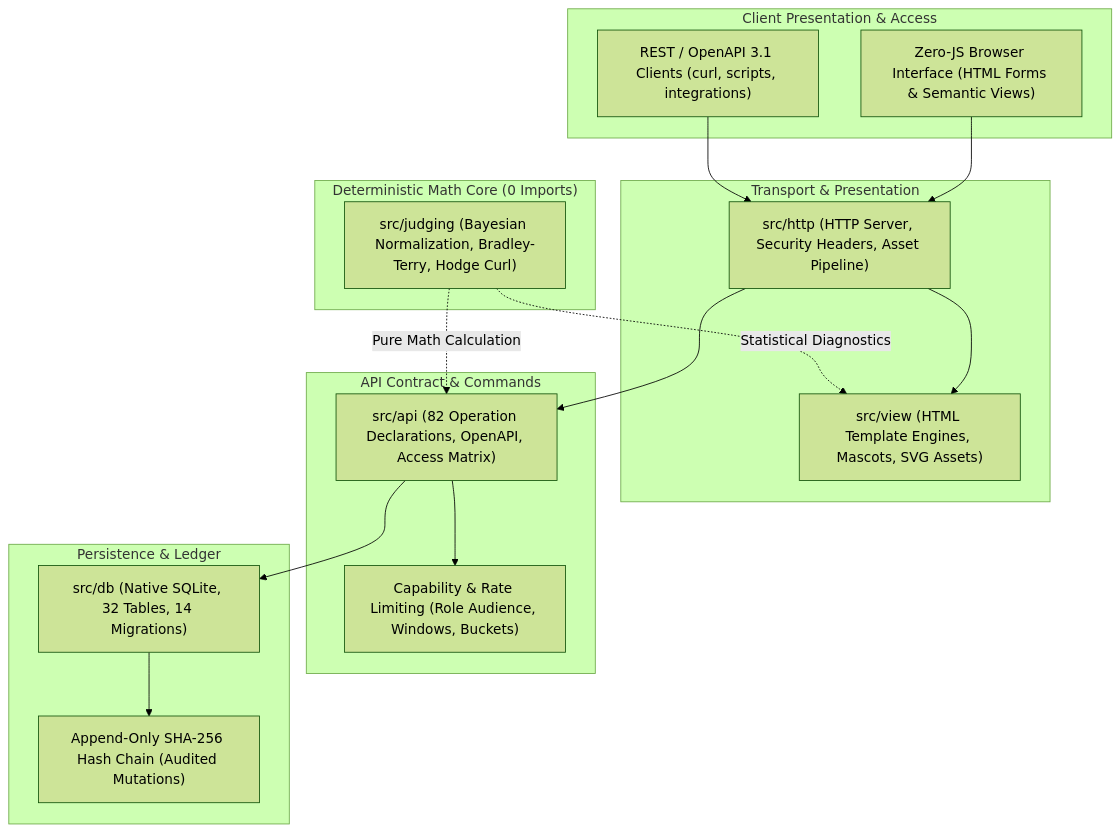
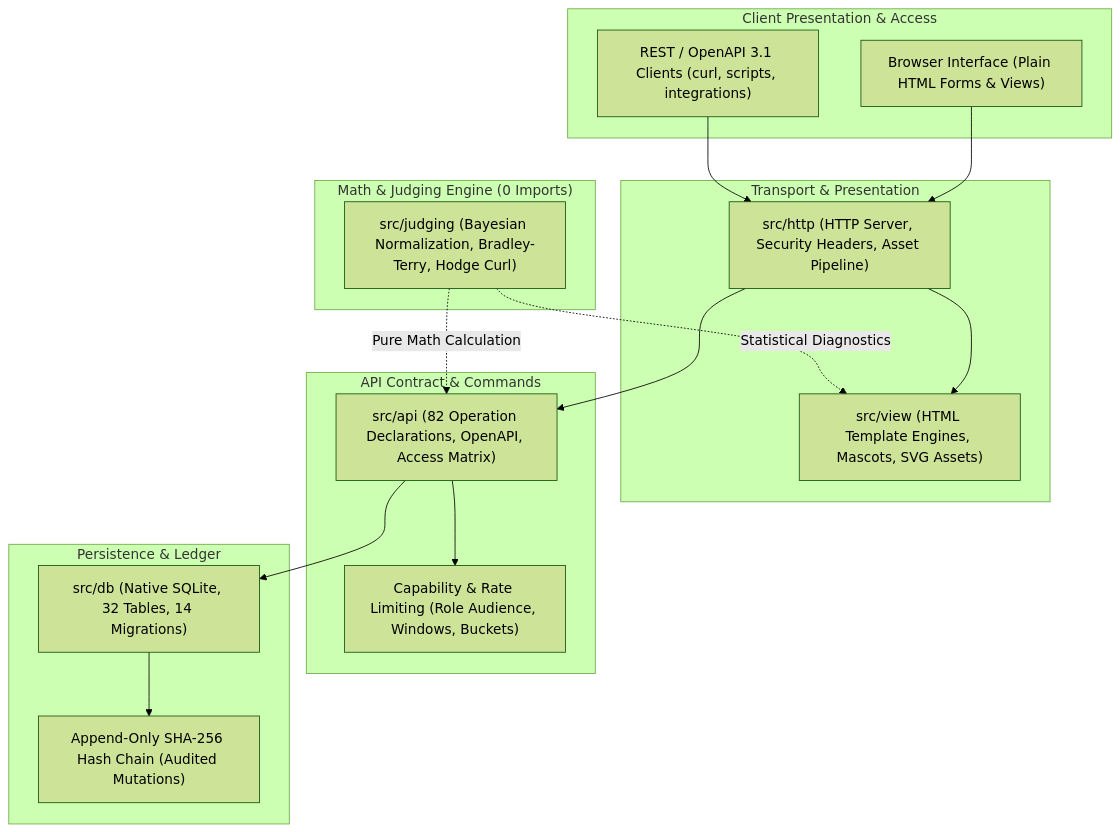
One commit to ewwhardik/manak changed the first of 2 diagrams in docs/ARCHITECTURE.md. Above: the diagram before and after it, drawn with Mermaid (forest theme). The commit also changed other lines of this file and 6 other files, not shown here.

````diff
--- a/docs/ARCHITECTURE.md
+++ b/docs/ARCHITECTURE.md
@@ -16,36 +16,36 @@
 ```mermaid
 flowchart TD
   subgraph Client ["Client Presentation & Access"]
-    Browser["Zero-JS Browser Interface (HTML Forms & Semantic Views)"]
+    Browser["Browser Interface (Plain HTML Forms & Views)"]
     APIClient["REST / OpenAPI 3.1 Clients (curl, scripts, integrations)"]
   end
 
   subgraph PresentationLayer ["Transport & Presentation"]
     HTTP["src/http (HTTP Server, Security Headers, Asset Pipeline)"]
     VIEW["src/view (HTML Template Engines, Mascots, SVG Assets)"]
   end
 
   subgraph APILayer ["API Contract & Commands"]
     API["src/api (82 Operation Declarations, OpenAPI, Access Matrix)"]
     CAP["Capability & Rate Limiting (Role Audience, Windows, Buckets)"]
   end
 
   subgraph StorageLayer ["Persistence & Ledger"]
     DB["src/db (Native SQLite, 32 Tables, 14 Migrations)"]
     LEDGER["Append-Only SHA-256 Hash Chain (Audited Mutations)"]
   end
 
-  subgraph EngineLayer ["Deterministic Math Core (0 Imports)"]
+  subgraph EngineLayer ["Math & Judging Engine (0 Imports)"]
     JUDGE["src/judging (Bayesian Normalization, Bradley-Terry, Hodge Curl)"]
   end
 
   Browser --> HTTP
   APIClient --> HTTP
   HTTP --> API
   HTTP --> VIEW
   API --> CAP
   API --> DB
   DB --> LEDGER
   JUDGE -.->|"Pure Math Calculation"| API
   JUDGE -.->|"Statistical Diagnostics"| VIEW
 ```
````
